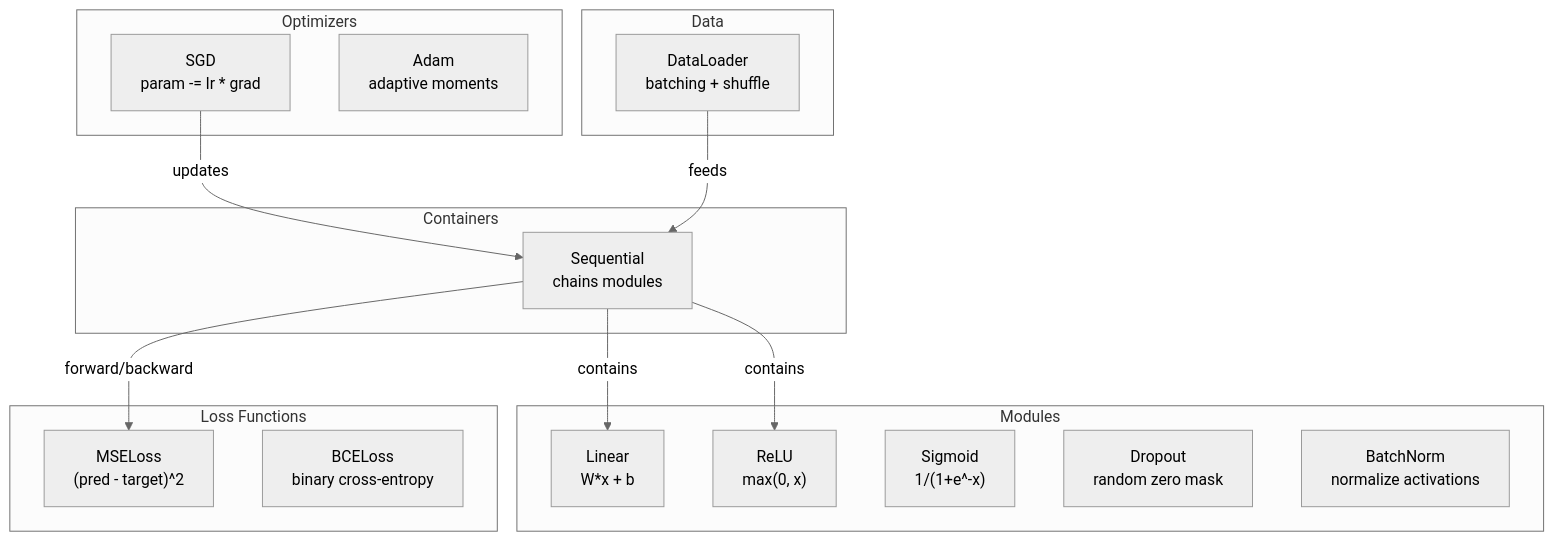
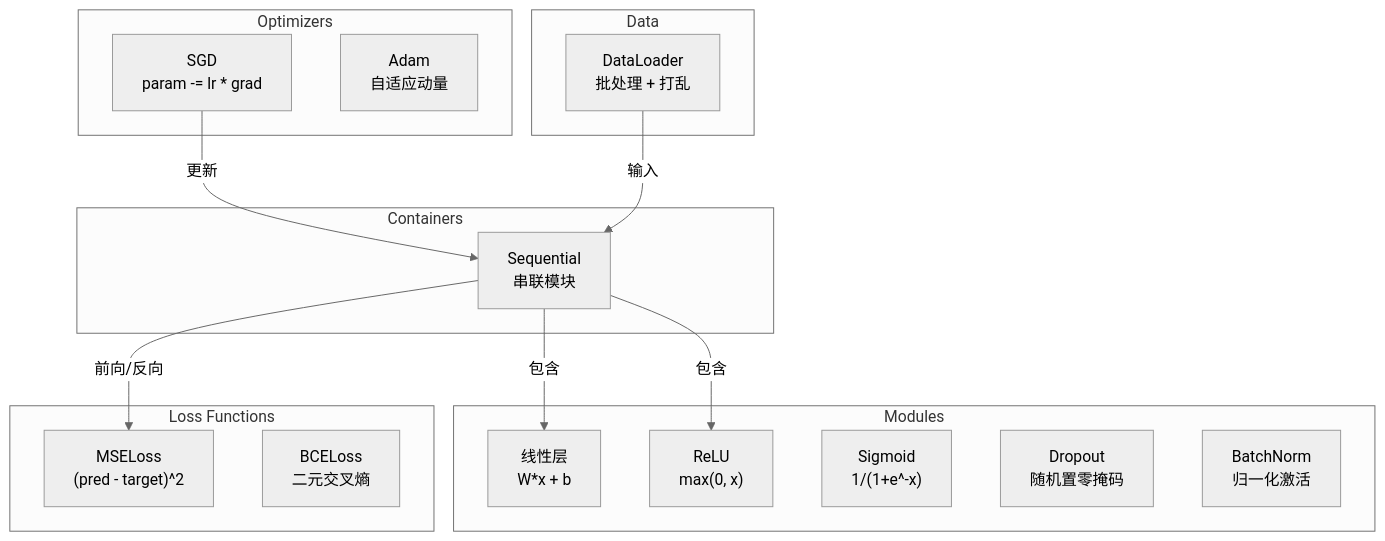
One commit to omigaZen/ai-engineering-from-scratch changed the first of 3 diagrams in phases/03-deep-learning-core/10-mini-framework/docs/zh.md. Above: the diagram before and after it, drawn with Mermaid (neutral theme).

Commit message:
feat(phase-03/10): polish mini framework text

````diff
--- a/phases/03-deep-learning-core/10-mini-framework/docs/zh.md
+++ b/phases/03-deep-learning-core/10-mini-framework/docs/zh.md
@@ -57,34 +57,34 @@
 ```mermaid
 graph TD
     subgraph "Modules"
-        Linear["Linear<br/>W*x + b"]
+        Linear["线性层<br/>W*x + b"]
         ReLU["ReLU<br/>max(0, x)"]
         Sigmoid["Sigmoid<br/>1/(1+e^-x)"]
-        Dropout["Dropout<br/>random zero mask"]
-        BatchNorm["BatchNorm<br/>normalize activations"]
+        Dropout["Dropout<br/>随机置零掩码"]
+        BatchNorm["BatchNorm<br/>归一化激活"]
     end
 
     subgraph "Containers"
-        Sequential["Sequential<br/>chains modules"]
+        Sequential["Sequential<br/>串联模块"]
     end
 
     subgraph "Loss Functions"
         MSE["MSELoss<br/>(pred - target)^2"]
-        BCE["BCELoss<br/>binary cross-entropy"]
+        BCE["BCELoss<br/>二元交叉熵"]
     end
 
     subgraph "Optimizers"
         SGD["SGD<br/>param -= lr * grad"]
-        Adam["Adam<br/>adaptive moments"]
+        Adam["Adam<br/>自适应动量"]
     end
 
     subgraph "Data"
-        DataLoader["DataLoader<br/>batching + shuffle"]
+        DataLoader["DataLoader<br/>批处理 + 打乱"]
     end
 
-    Sequential --> |"contains"| Linear
-    Sequential --> |"contains"| ReLU
-    Sequential --> |"forward/backward"| MSE
-    SGD --> |"updates"| Sequential
-    DataLoader --> |"feeds"| Sequential
+    Sequential --> |"包含"| Linear
+    Sequential --> |"包含"| ReLU
+    Sequential --> |"前向/反向"| MSE
+    SGD --> |"更新"| Sequential
+    DataLoader --> |"输入"| Sequential
 ```
````
